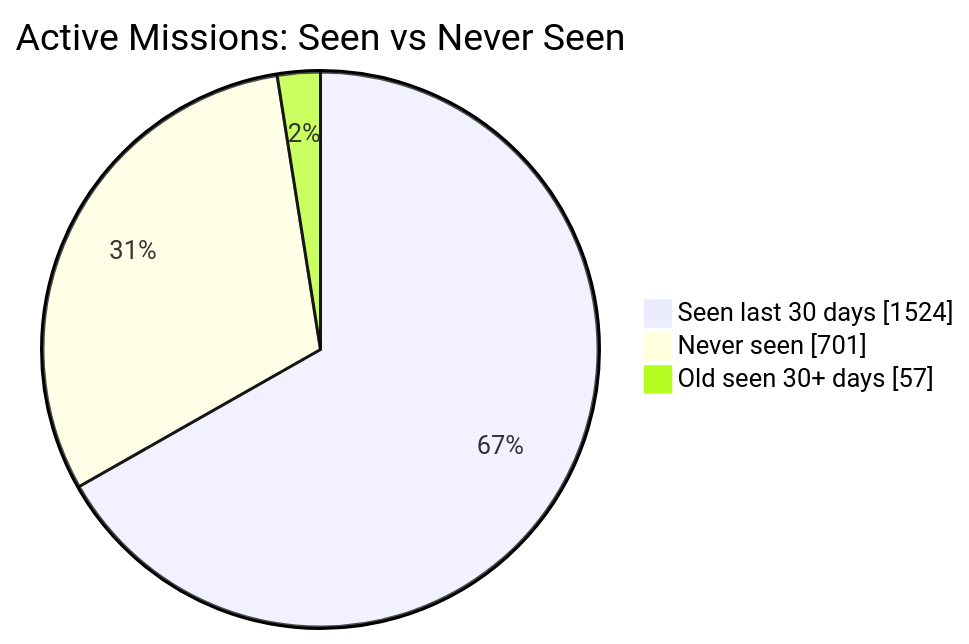
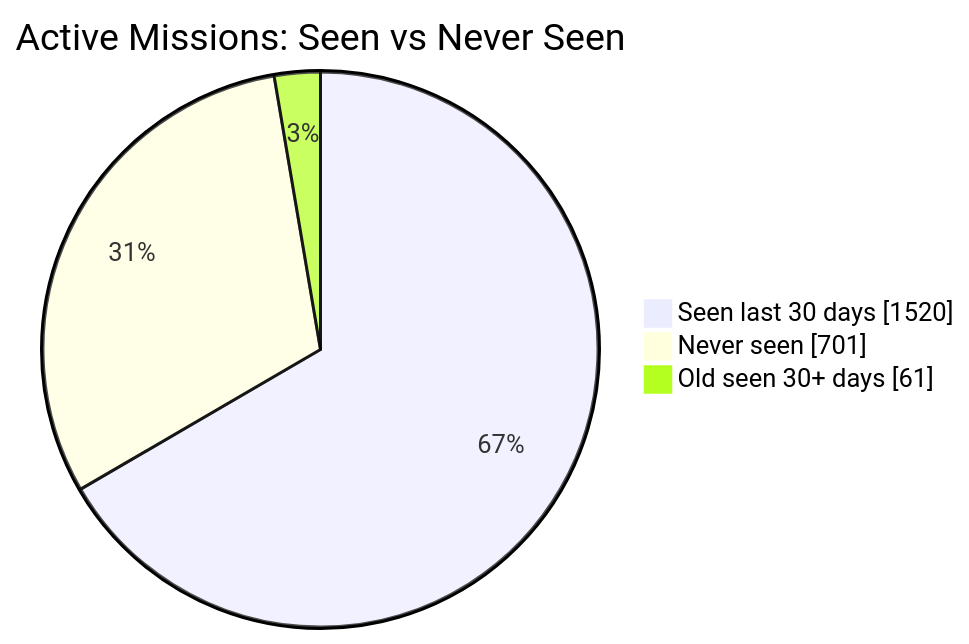
The first of 2 diagrams in README.md (MeldkamerspelGameTeam/active-missions), drawn with Mermaid before and after one commit. The commit also changed other lines of this file and 2 other files, not shown here.

````diff
--- a/README.md
+++ b/README.md
@@ -34,7 +34,7 @@
 ```mermaid
 pie showData
     title Active Missions: Seen vs Never Seen
-    "Seen last 30 days" : 1524
+    "Seen last 30 days" : 1520
     "Never seen" : 701
-    "Old seen 30+ days" : 57
+    "Old seen 30+ days" : 61
 ```
````
